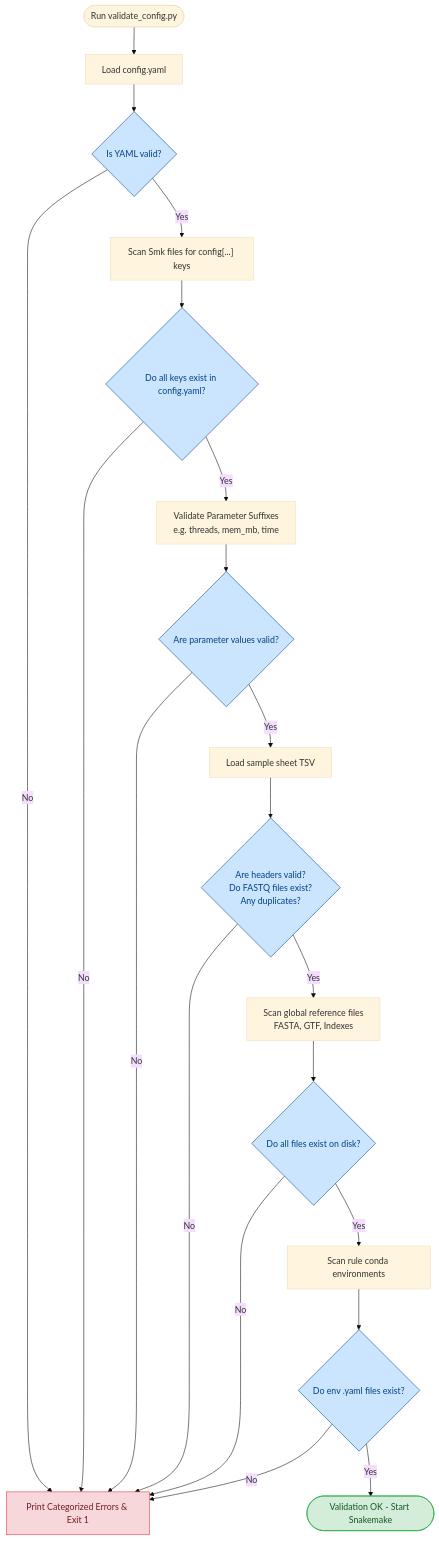
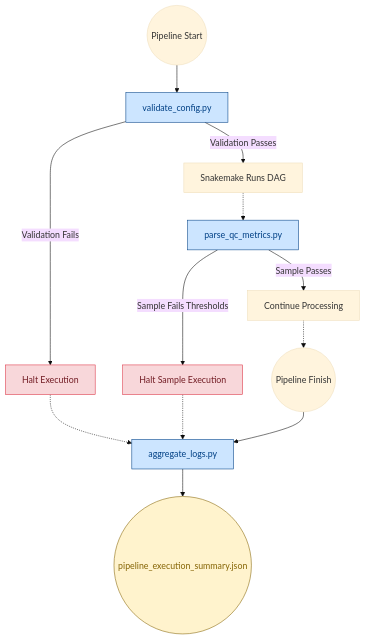
One commit to BDB-Genomics/bdb-cutandrun changed the diagram in rules/scripts/README.md. Above: the diagram before and after it, drawn with Mermaid (base theme). The commit also changed other lines of this file and 1 other file, not shown here.

First line of the commit message:
feat (QC): Port QC gating script and simplify scripts documentation

````diff
--- a/rules/scripts/README.md
+++ b/rules/scripts/README.md
@@ -138,46 +9,36 @@
 ```mermaid
 graph TD
-    %% Start
-    Start([Run validate_config.py]) --> A[Load config.yaml]
+    %% Global Nodes
+    Start((Pipeline Start))
+    End((Pipeline Finish))
     
-    %% Gate 1
-    A --> Gate1{Is YAML valid?}
-    Gate1 -- No --> Fail[Print Categorized Errors & Exit 1]
+    %% Scripts
+    V[validate_config.py]
+    QC[parse_qc_metrics.py]
+    A[aggregate_logs.py]
     
-    %% Gate 2
-    Gate1 -- Yes --> B["Scan Smk files for config[...] keys"]
-    B --> Gate2{Do all keys exist in config.yaml?}
-    Gate2 -- No --> Fail
+    %% Pipeline Flow
+    Start --> V
+    V -- Validation Fails --> Halt1[Halt Execution]
+    V -- Validation Passes --> BuildDAG[Snakemake Runs DAG]
     
-    %% Gate 3
-    Gate2 -- Yes --> C[Validate Parameter Suffixes <br> e.g. threads, mem_mb, time]
-    C --> Gate3{Are parameter values valid?}
-    Gate3 -- No --> Fail
+    BuildDAG -.-> QC
+    QC -- Sample Fails Thresholds --> Halt2[Halt Sample Execution]
+    QC -- Sample Passes --> Continue[Continue Processing]
     
-    %% Gate 4
-    Gate3 -- Yes --> D[Load sample sheet TSV]
-    D --> Gate4{Are headers valid? <br> Do FASTQ files exist? <br> Any duplicates?}
-    Gate4 -- No --> Fail
+    Continue -.-> End
+    Halt1 -.-> A
+    Halt2 -.-> A
+    End --> A
     
-    %% Gate 5
-    Gate4 -- Yes --> E[Scan global reference files <br> FASTA, GTF, Indexes]
-    E --> Gate5{Do all files exist on disk?}
-    Gate5 -- No --> Fail
-    
-    %% Gate 6
-    Gate5 -- Yes --> F[Scan rule conda environments]
-    F --> Gate6{Do env .yaml files exist?}
-    Gate6 -- No --> Fail
-    
-    %% Success
-    Gate6 -- Yes --> Success([Validation OK - Start Snakemake])
+    A --> JSON((pipeline_execution_summary.json))
 
     %% Styling
-    classDef error fill:#f8d7da,stroke:#dc3545,color:#721c24;
-    classDef success fill:#d4edda,stroke:#28a745,color:#155724;
-    classDef logic fill:#cce5ff,stroke:#004085,color:#004085;
+    classDef script fill:#cce5ff,stroke:#004085,color:#004085;
+    classDef halt fill:#f8d7da,stroke:#dc3545,color:#721c24;
+    classDef artifact fill:#fff3cd,stroke:#856404,color:#856404;
     
-    class Gate1,Gate2,Gate3,Gate4,Gate5,Gate6 logic;
-    class Fail error;
-    class Success success;
+    class V,QC,A script;
+    class Halt1,Halt2 halt;
+    class JSON artifact;
 ```
````
